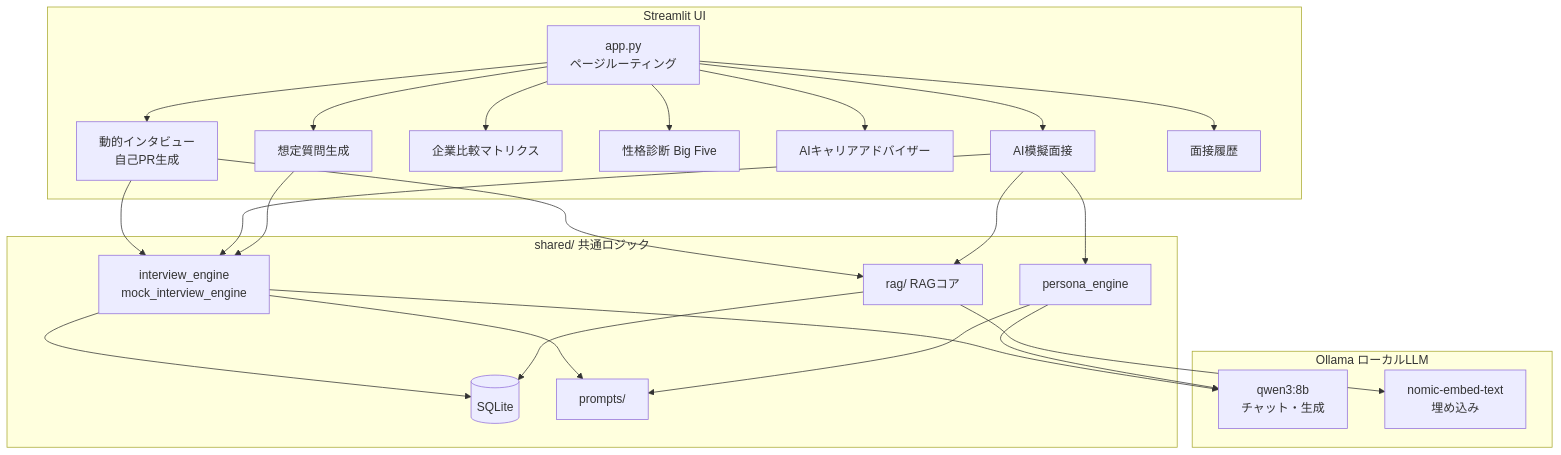
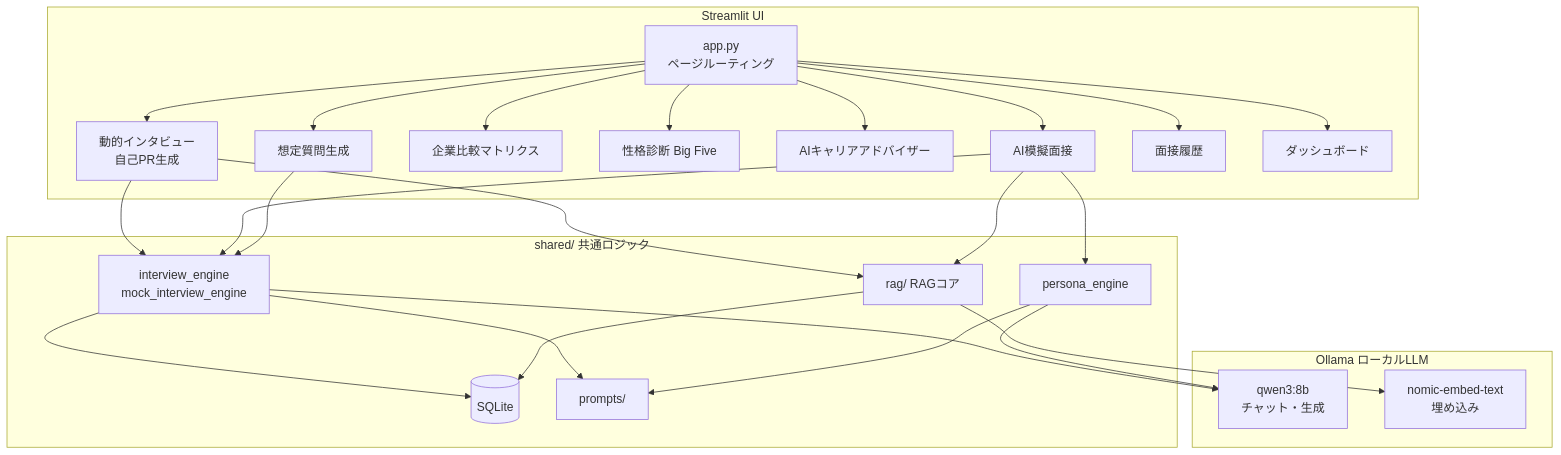
Before and after one commit to Myubd/interview-ai-app: the first of 3 diagrams in streamlit/README.md, drawn with Mermaid. The commit also changed other lines of this file and 31 other files, not shown here.

````diff
--- a/streamlit/README.md
+++ b/streamlit/README.md
@@ -10,37 +11,38 @@
 ```mermaid
 graph TB
     subgraph Streamlit UI
         APP[app.py<br/>ページルーティング]
         APP --> P1[動的インタビュー<br/>自己PR生成]
         APP --> P2[AI模擬面接]
         APP --> P3[企業比較マトリクス]
         APP --> P4[性格診断 Big Five]
         APP --> P5[AIキャリアアドバイザー]
         APP --> P6[想定質問生成]
         APP --> P7[面接履歴]
+        APP --> P8[ダッシュボード]
     end
 
     subgraph shared/ 共通ロジック
         ENG[interview_engine<br/>mock_interview_engine]
         PE[persona_engine]
         RAG[rag/ RAGコア]
         DB[(SQLite)]
         PROMPTS[prompts/]
         ENG --> PROMPTS
         PE --> PROMPTS
         ENG --> DB
         RAG --> DB
     end
 
     subgraph Ollama ローカルLLM
         LLM[qwen3:8b<br/>チャット・生成]
         EMB[nomic-embed-text<br/>埋め込み]
     end
 
     P1 & P2 & P6 --> ENG
     P2 --> PE
     P1 & P2 --> RAG
     RAG --> EMB
     ENG --> LLM
     PE --> LLM
 ```
````
